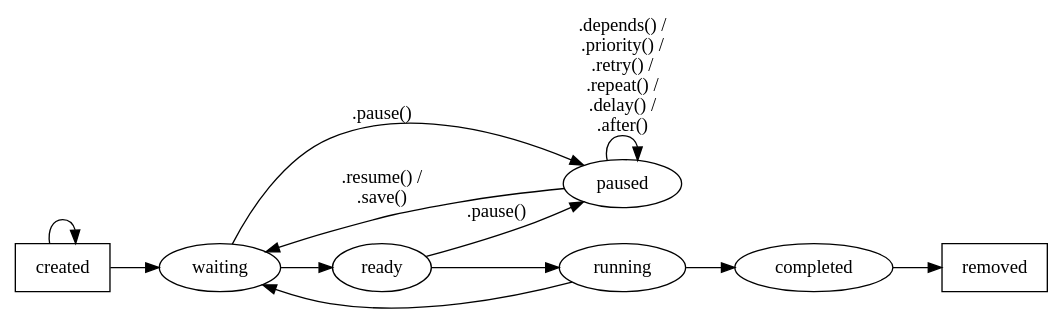
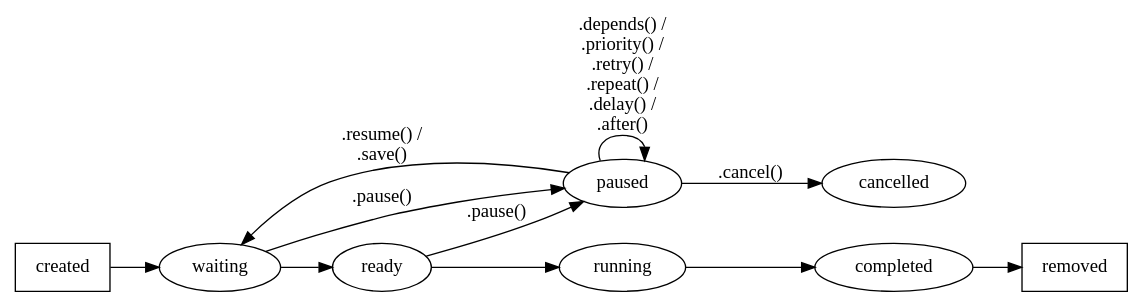
Before and after one commit to vsivsi/meteor-job: the diagram in doc/pause-states.dot, drawn with Graphviz. The commit also changed 11 other files, not shown here.

```diff
--- a/doc/pause-states.dot
+++ b/doc/pause-states.dot
@@ -1,23 +1,22 @@
 digraph jobStatus {
 
   graph [splines="spline" mclimit=1.0 ratio=auto rankdir=LR]
 
   created [shape=box];
   waiting;
   paused;
   ready;
   running;
   completed;
   removed [shape=box];
   created -> waiting [weight=100.0];
   waiting -> ready [weight=100.0];
   ready -> running [weight=100.0];
   running -> completed [weight=100.0];
-  running -> waiting [];
   completed -> removed [weight=100.0];
   ready -> paused [label=".pause()"];
   waiting -> paused [label=".pause()"];
   paused -> waiting [label=".resume() /\n.save()"];
-  created -> created [];
   paused -> paused [label=".depends() /\n.priority() /\n.retry() /\n.repeat() /\n.delay() /\n.after()"];
+  paused -> cancelled [label=".cancel()"];
 }
```
